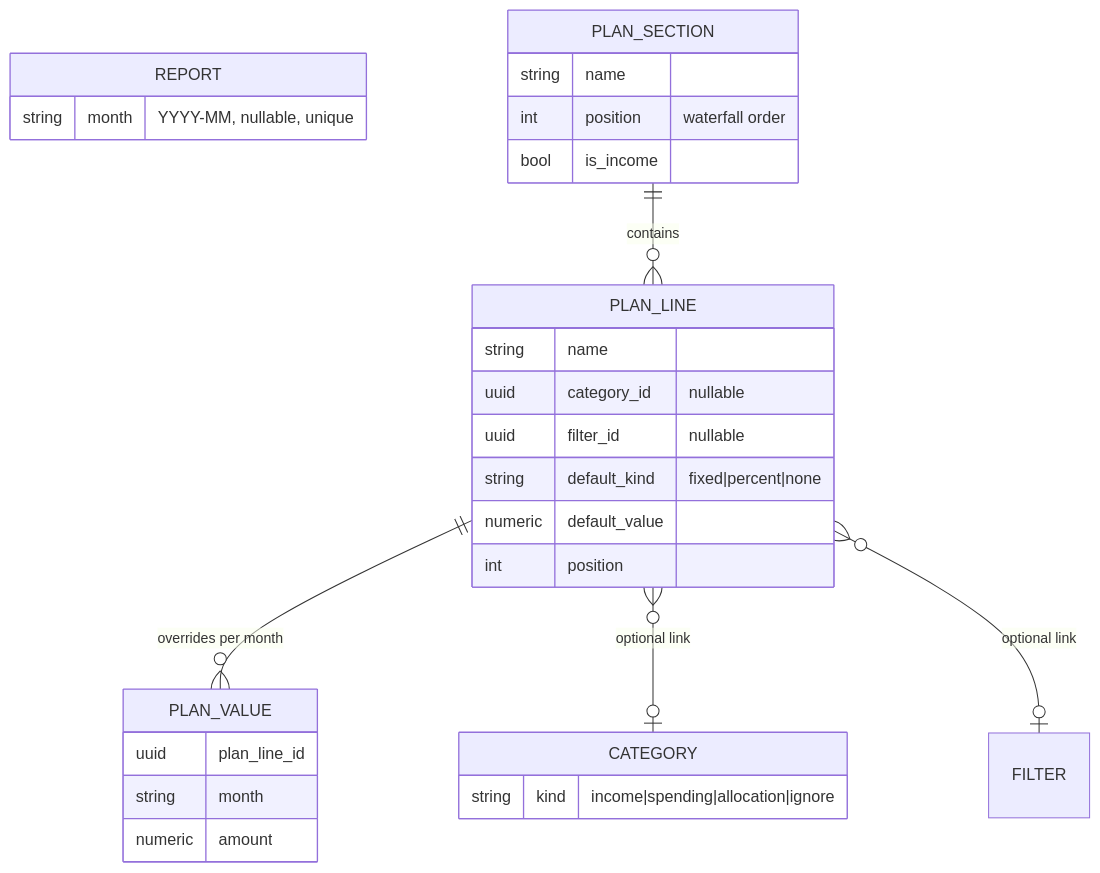
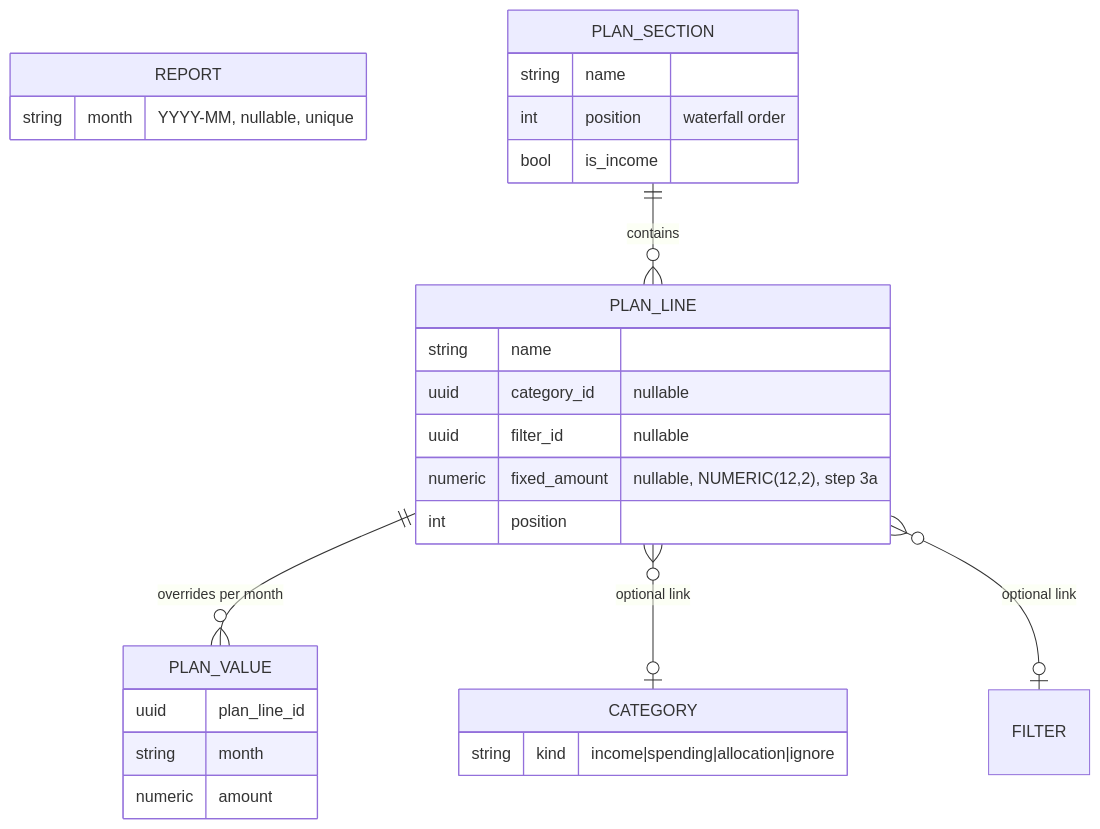
The diagram in docs/plans/2026-07-12-monthly-plan-and-summary/plan.md (viliusgudziunas/spending-tracker), drawn with Mermaid before and after one commit. The commit also changed other lines of this file and 26 other files, not shown here.

````diff
--- a/docs/plans/2026-07-12-monthly-plan-and-summary/plan.md
+++ b/docs/plans/2026-07-12-monthly-plan-and-summary/plan.md
@@ -23,31 +25,30 @@
 ```mermaid
 erDiagram
     REPORT {
         string month "YYYY-MM, nullable, unique"
     }
     CATEGORY {
         string kind "income|spending|allocation|ignore"
     }
     PLAN_SECTION ||--o{ PLAN_LINE : contains
     PLAN_LINE ||--o{ PLAN_VALUE : "overrides per month"
     PLAN_LINE }o--o| CATEGORY : "optional link"
     PLAN_LINE }o--o| FILTER : "optional link"
     PLAN_SECTION {
         string name
         int position "waterfall order"
         bool is_income
     }
     PLAN_LINE {
         string name
         uuid category_id "nullable"
         uuid filter_id "nullable"
-        string default_kind "fixed|percent|none"
-        numeric default_value
+        numeric fixed_amount "nullable, NUMERIC(12,2), step 3a"
         int position
     }
     PLAN_VALUE {
         uuid plan_line_id
         string month
         numeric amount
     }
 ```
````
